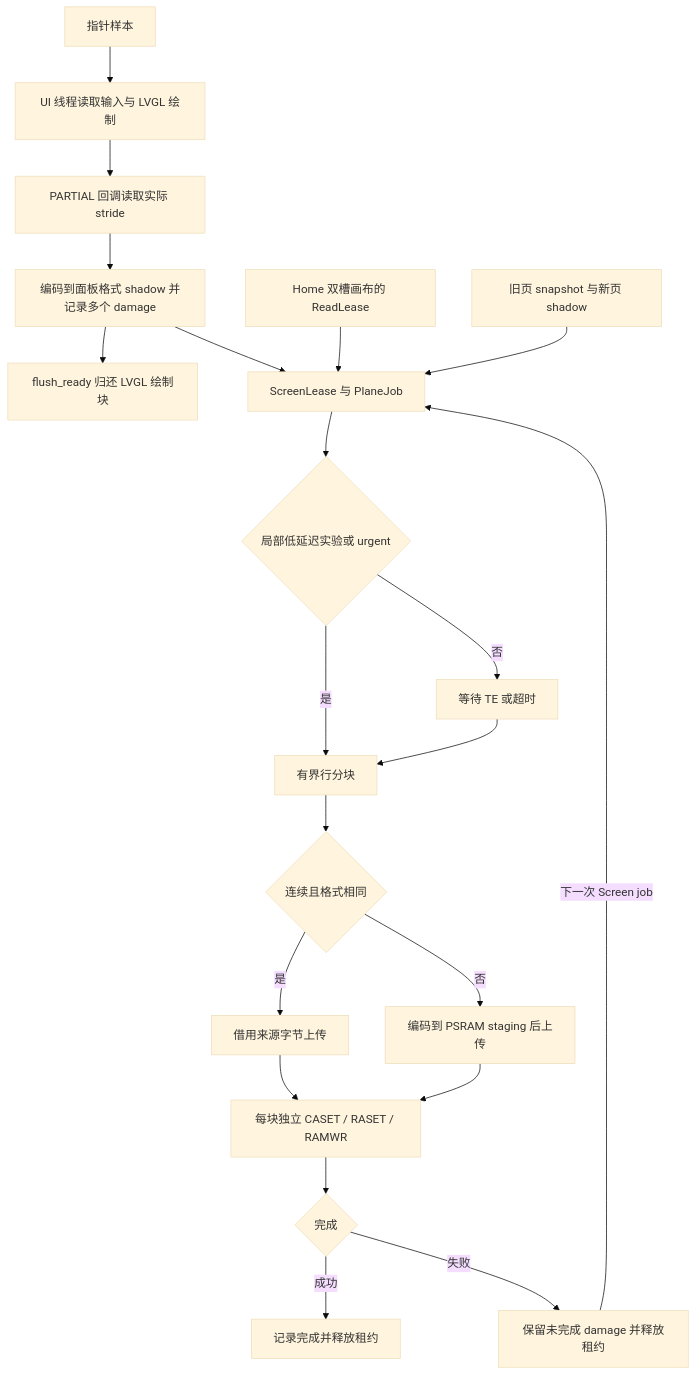
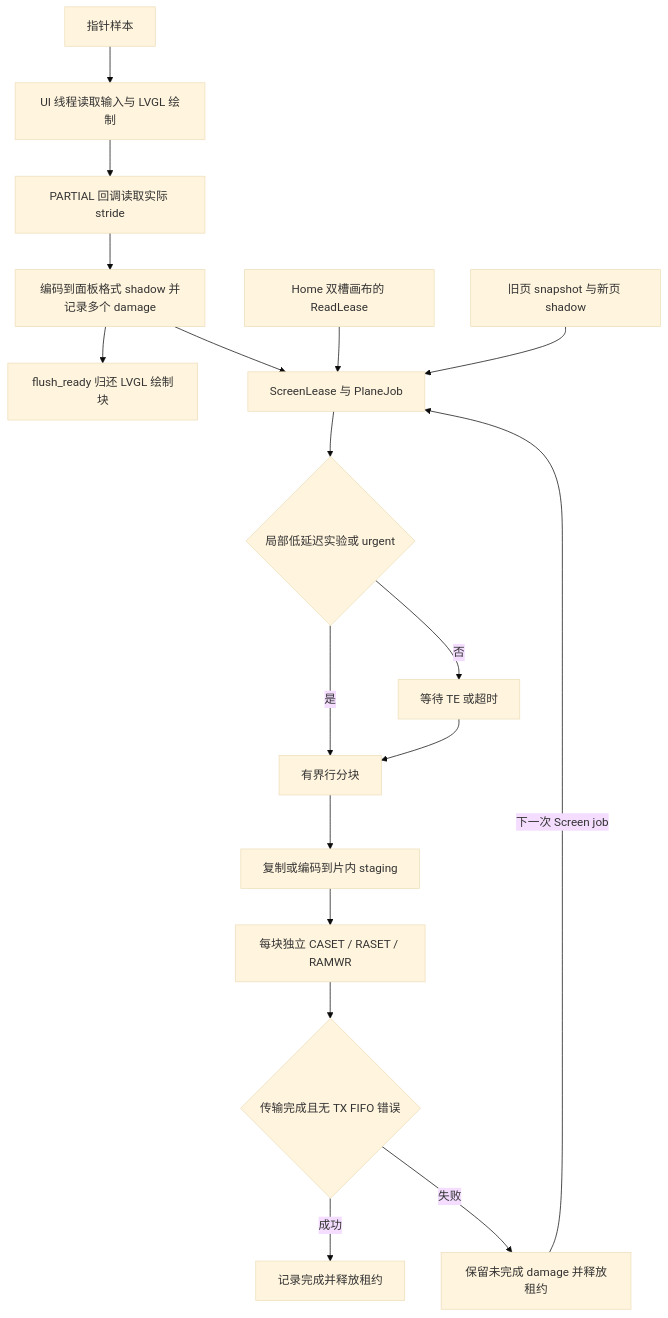
Before and after one commit to umbrella22/dangoOS: the diagram in crates/os/DISPLAY_PIPELINE.md, drawn with Mermaid (base theme). The commit also changed other lines of this file and 8 other files, not shown here.

````diff
--- a/crates/os/DISPLAY_PIPELINE.md
+++ b/crates/os/DISPLAY_PIPELINE.md
@@ -18,23 +18,20 @@
 ```mermaid
 flowchart TD
     A[指针样本] --> B[UI 线程读取输入与 LVGL 绘制]
     B --> C[PARTIAL 回调读取实际 stride]
     C --> D[编码到面板格式 shadow 并记录多个 damage]
     D --> E[flush_ready 归还 LVGL 绘制块]
     D --> F[ScreenLease 与 PlaneJob]
     G[Home 双槽画布的 ReadLease] --> F
     H[旧页 snapshot 与新页 shadow] --> F
     F --> I{局部低延迟实验或 urgent}
     I -->|是| K[有界行分块]
     I -->|否| J[等待 TE 或超时]
     J --> K
-    K --> L{连续且格式相同}
-    L -->|是| M[借用来源字节上传]
-    L -->|否| N[编码到 PSRAM staging 后上传]
-    M --> O[每块独立 CASET / RASET / RAMWR]
-    N --> O
-    O --> P{完成}
+    K --> L[复制或编码到片内 staging]
+    L --> O[每块独立 CASET / RASET / RAMWR]
+    O --> P{传输完成且无 TX FIFO 错误}
     P -->|成功| Q[记录完成并释放租约]
     P -->|失败| R[保留未完成 damage 并释放租约]
     R -->|下一次 Screen job| F
 ```
````
